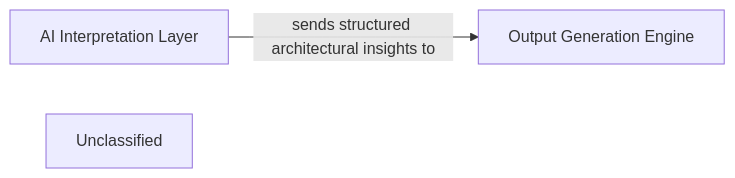
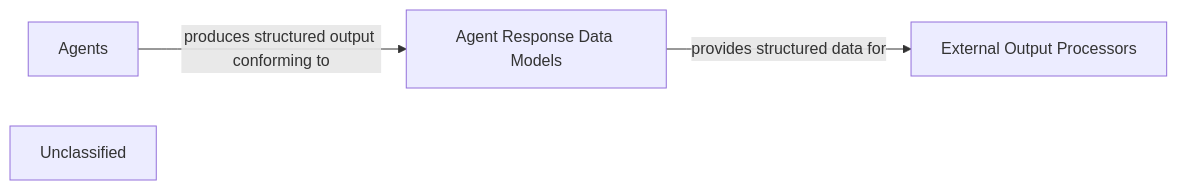
Before and after one commit to CodeBoarding/CodeBoarding: the diagram in .codeboarding/Output_Generation_Engine.md, drawn with Mermaid. The commit also changed other lines of this file and 19 other files, not shown here.

First line of the commit message:
docs: update codeboarding documentation and generate architecture

````diff
--- a/.codeboarding/Output_Generation_Engine.md
+++ b/.codeboarding/Output_Generation_Engine.md
@@ -1,8 +1,9 @@
 ```mermaid
 graph LR
-    AI_Interpretation_Layer["AI Interpretation Layer"]
-    Output_Generation_Engine["Output Generation Engine"]
+    Agent_Response_Data_Models["Agent Response Data Models"]
+    Agents["Agents"]
+    External_Output_Processors["External Output Processors"]
     Unclassified["Unclassified"]
-    AI_Interpretation_Layer -- "sends structured architectural insights to" --> Output_Generation_Engine
-    click Output_Generation_Engine href "https://github.com/CodeBoarding/CodeBoarding/blob/main/.codeboarding/Output_Generation_Engine.md" "Details"
+    Agents -- "produces structured output conforming to" --> Agent_Response_Data_Models
+    Agent_Response_Data_Models -- "provides structured data for" --> External_Output_Processors
 ```
````
